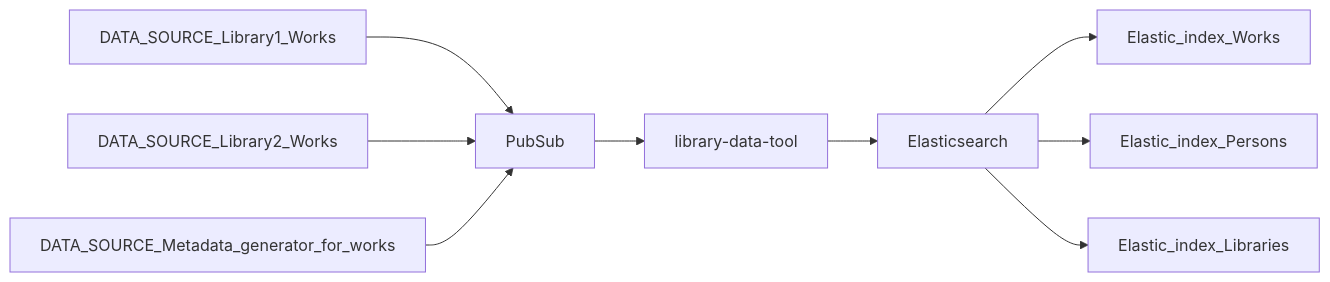
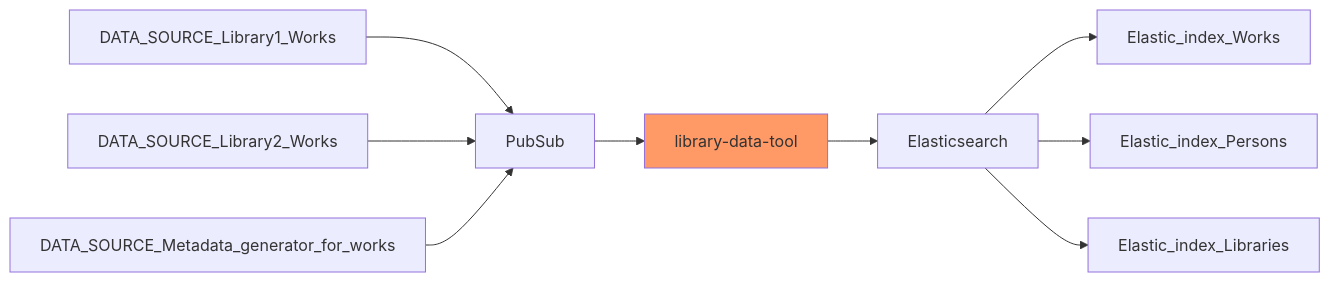
Before and after one commit to purplebugs/library-data-tool: the diagram in README.md, drawn with Mermaid.

Commit message:
Add colour to diagram to indicate current repo

````diff
--- a/README.md
+++ b/README.md
@@ -14,11 +14,12 @@
 ```mermaid
-graph LR;
+flowchart LR;
     DATA_SOURCE_Library1_Works-->PubSub;
     DATA_SOURCE_Library2_Works-->PubSub;
     DATA_SOURCE_Metadata_generator_for_works-->PubSub;
-    PubSub-->library-data-tool;
+    PubSub-->library-data-tool:::highlightclass;
     library-data-tool-->Elasticsearch;
     Elasticsearch-->Elastic_index_Works;
     Elasticsearch-->Elastic_index_Persons;
     Elasticsearch-->Elastic_index_Libraries;
+    classDef highlightclass fill:#f96
 ```
````
